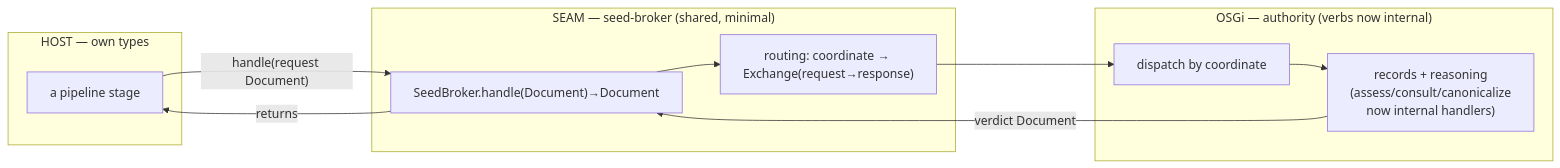
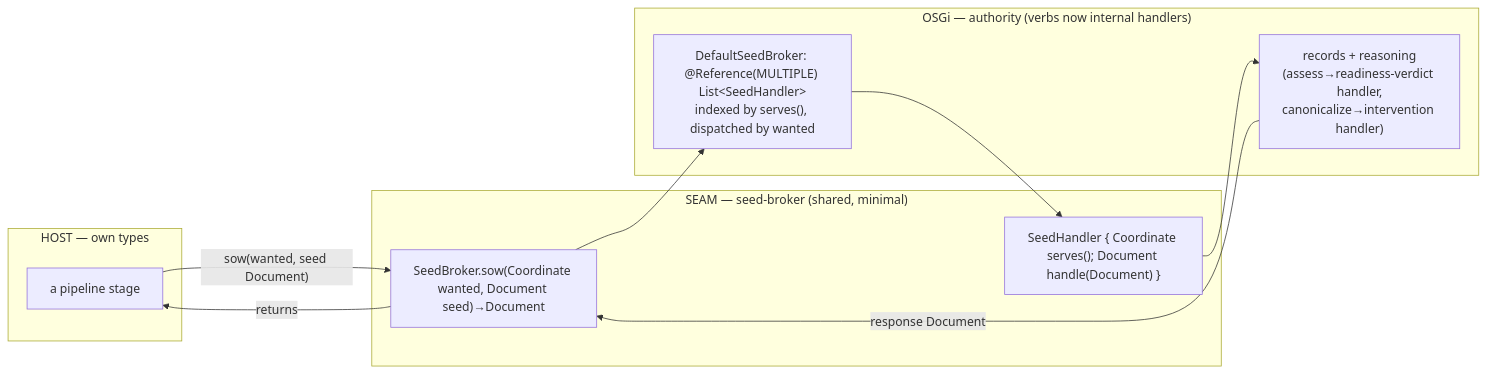
The fourth of 8 diagrams in docs/architecture/osgi/world-gateway-spec.adoc (nxmatic/rke2lab), drawn with Mermaid before and after one commit. The commit also changed other lines of this file and 27 other files, not shown here.

```diff
--- a/docs/architecture/osgi/world-gateway-spec.adoc
+++ b/docs/architecture/osgi/world-gateway-spec.adoc
@@ -160,19 +160,19 @@
 [mermaid]
 ....
 flowchart LR
   subgraph host["HOST — own types"]
     hm["a pipeline stage"]
   end
   subgraph seam["SEAM — seed-broker (shared, minimal)"]
-    door["SeedBroker.handle(Document)→Document"]
-    rt["routing: coordinate → Exchange(request→response)"]
+    door["SeedBroker.sow(Coordinate wanted, Document seed)→Document"]
+    sh["SeedHandler { Coordinate serves(); Document handle(Document) }"]
   end
-  subgraph osgi["OSGi — authority (verbs now internal)"]
-    disp["dispatch by coordinate"]
-    om["records + reasoning<br/>(assess/consult/canonicalize<br/>now internal handlers)"]
+  subgraph osgi["OSGi — authority (verbs now internal handlers)"]
+    disp["DefaultSeedBroker: @Reference(MULTIPLE) List&lt;SeedHandler&gt;<br/>indexed by serves(), dispatched by wanted"]
+    om["records + reasoning<br/>(assess→readiness-verdict handler,<br/>canonicalize→intervention handler)"]
   end
-  hm -->|"handle(request Document)"| door
-  door --> rt --> disp --> om
-  om -->|"verdict Document"| door
+  hm -->|"sow(wanted, seed Document)"| door
+  door --> disp --> sh --> om
+  om -->|"response Document"| door
   door -->|returns| hm
 ....
```
